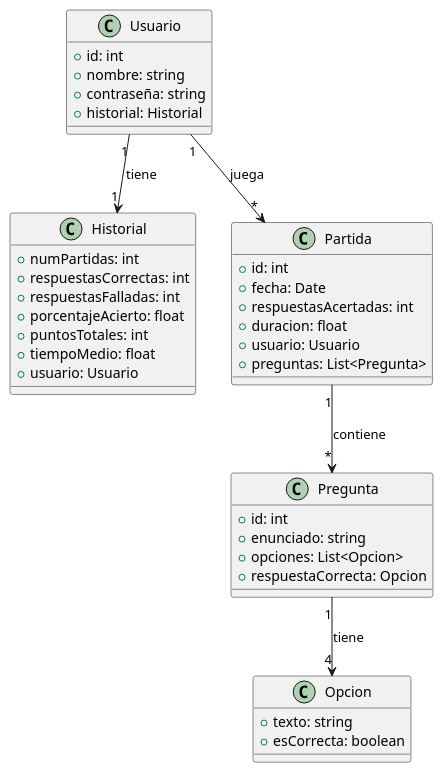
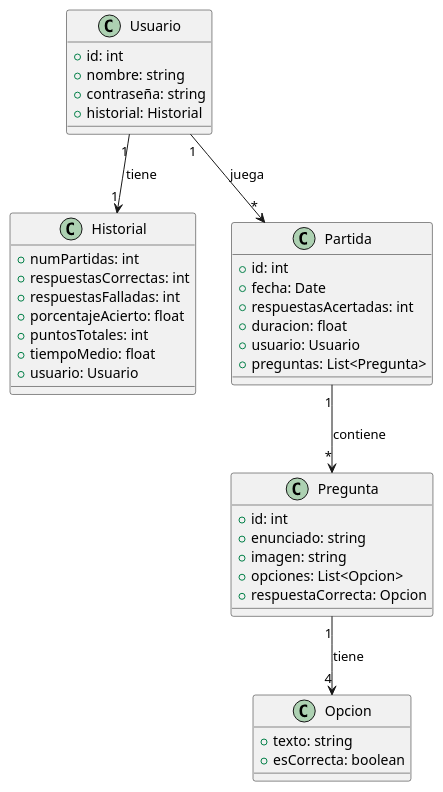
The diagram in docs/src/08_concepts.adoc (Arquisoft/wichat_es5b), drawn with PlantUML before and after one commit.

Commit message:
Añadido atributo imagen a la clase pregunta

```diff
--- a/docs/src/08_concepts.adoc
+++ b/docs/src/08_concepts.adoc
@@ -64,47 +64,48 @@
 [plantuml, diagrama-clases, svg]
 ----
 @startuml
 class Usuario {
   +id: int
   +nombre: string
   +contraseña: string
   +historial: Historial
 }
 
 class Historial {
   +numPartidas: int
   +respuestasCorrectas: int
   +respuestasFalladas: int
   +porcentajeAcierto: float
   +puntosTotales: int
   +tiempoMedio: float
   +usuario: Usuario
 }
 
 class Partida {
   +id: int
   +fecha: Date
   +respuestasAcertadas: int
   +duracion: float
   +usuario: Usuario
   +preguntas: List<Pregunta>
 }
 
 class Pregunta {
   +id: int
   +enunciado: string
+  +imagen: string
   +opciones: List<Opcion>
   +respuestaCorrecta: Opcion
 }
 
 class Opcion {
   +texto: string
   +esCorrecta: boolean
 }
 
 Usuario "1" --> "1" Historial : tiene
 Usuario "1" --> "*" Partida : juega
 Partida "1" --> "*" Pregunta : contiene
 Pregunta "1" --> "4" Opcion : tiene
 @enduml
 ----
```
